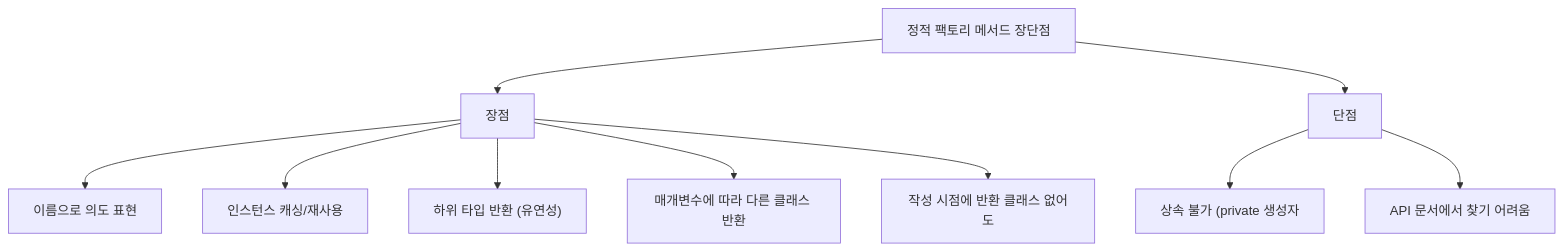
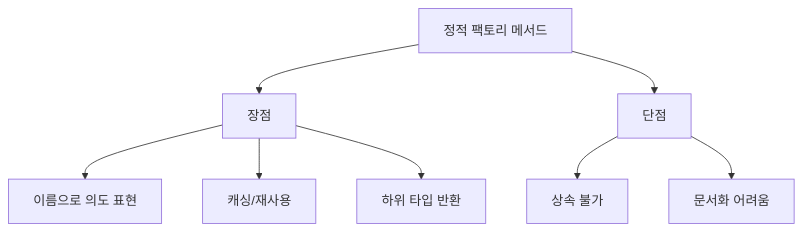
Before and after one commit to yjkim2015/yjkim2015.github.io: the third of 3 diagrams in _posts/java/2021-12-13-effective-java1.md, drawn with Mermaid. The commit also changed 155 other files, not shown here.

First line of the commit message:
Mermaid 전면 수정: subgraph 제거, participant/노드/줄수 축소 (342블록)

````diff
--- a/_posts/java/2021-12-13-effective-java1.md
+++ b/_posts/java/2021-12-13-effective-java1.md
@@ -213,12 +213,10 @@
 ```mermaid
 graph TD
-    A["정적 팩토리 메서드 장단점"] --> B["장점"]
+    A["정적 팩토리 메서드"] --> B["장점"]
     A --> C["단점"]
     B --> B1["이름으로 의도 표현"]
-    B --> B2["인스턴스 캐싱/재사용"]
-    B --> B3["하위 타입 반환 (유연성)"]
-    B --> B4["매개변수에 따라 다른 클래스 반환"]
-    B --> B5["작성 시점에 반환 클래스 없어도"]
-    C --> C1["상속 불가 (private 생성자"]
-    C --> C2["API 문서에서 찾기 어려움"]
+    B --> B2["캐싱/재사용"]
+    B --> B3["하위 타입 반환"]
+    C --> C1["상속 불가"]
+    C --> C2["문서화 어려움"]
 ```
````
